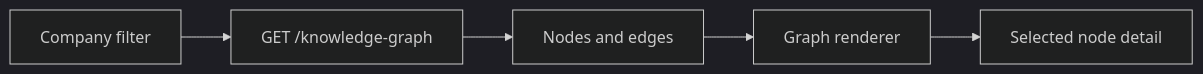
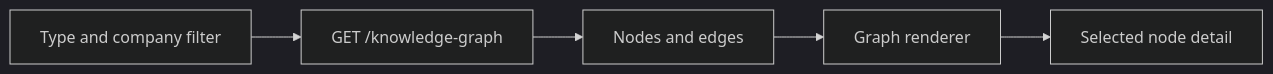
The second of 2 diagrams in docs/superpowers/plans/2026-08-29-healthcare-market-intelligence.md (MarcAltabella/Cala-OpenAI), drawn with Mermaid (dark theme) before and after one commit. The commit also changed other lines of this file and 1 other file, not shown here.

Commit message:
docs: define agent run and model architecture

````diff
--- a/docs/superpowers/plans/2026-08-29-healthcare-market-intelligence.md
+++ b/docs/superpowers/plans/2026-08-29-healthcare-market-intelligence.md
@@ -474,7 +453,7 @@
 ```mermaid
 flowchart LR
-  U[Company filter] --> A[GET /knowledge-graph]
+  U[Type and company filter] --> A[GET /knowledge-graph]
   A --> B[Nodes and edges]
   B --> C[Graph renderer]
   C --> D[Selected node detail]
 ```
````
